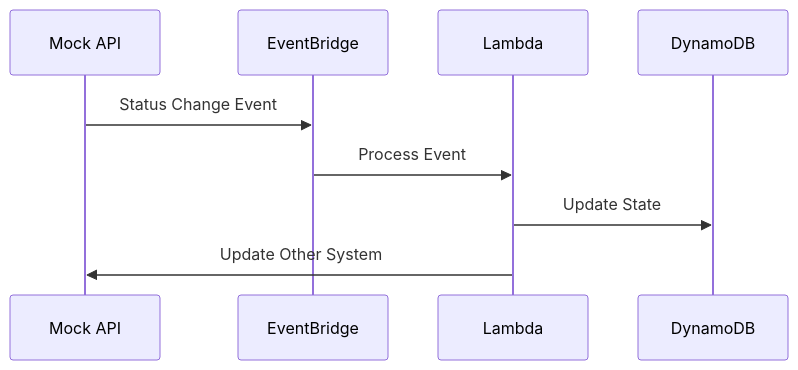
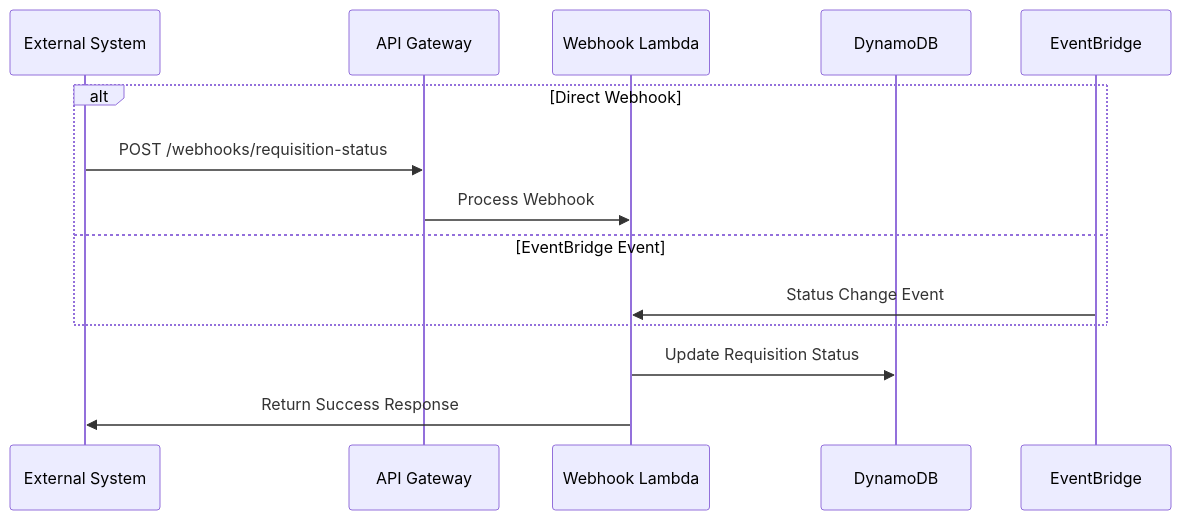
The second of 2 diagrams in docs/ARCHITECTURE.md (amitjainharbinger/aura-assignment), drawn with Mermaid before and after one commit. The commit also changed other lines of this file and 2 other files, not shown here.

````diff
--- a/docs/ARCHITECTURE.md
+++ b/docs/ARCHITECTURE.md
@@ -145,12 +164,18 @@
 ```mermaid
 sequenceDiagram
-    participant Mock API
+    participant External as External System
+    participant API Gateway
+    participant WH as Webhook Lambda
+    participant DynamoDB
     participant EventBridge
-    participant Lambda
-    participant DynamoDB
 
-    Mock API->>EventBridge: Status Change Event
-    EventBridge->>Lambda: Process Event
-    Lambda->>DynamoDB: Update State
-    Lambda->>Mock API: Update Other System
+    alt Direct Webhook
+        External->>API Gateway: POST /webhooks/requisition-status
+        API Gateway->>WH: Process Webhook
+    else EventBridge Event
+        EventBridge->>WH: Status Change Event
+    end
+    
+    WH->>DynamoDB: Update Requisition Status
+    WH->>External: Return Success Response
 ```
````
